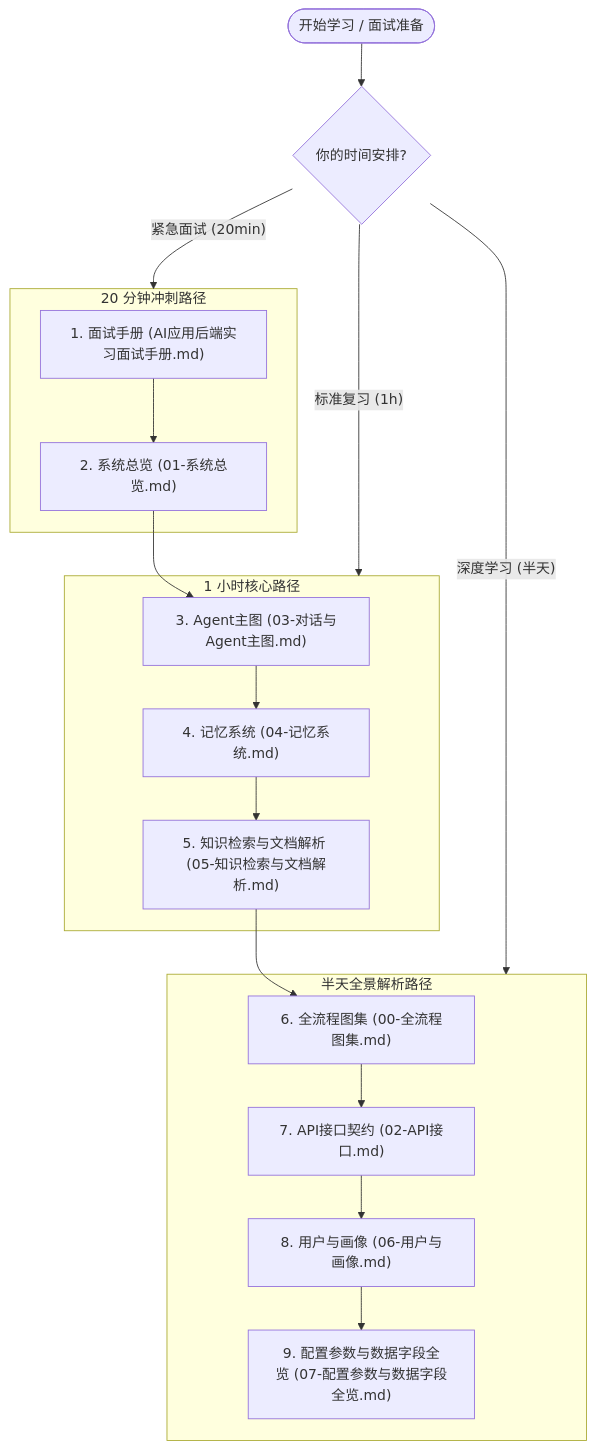
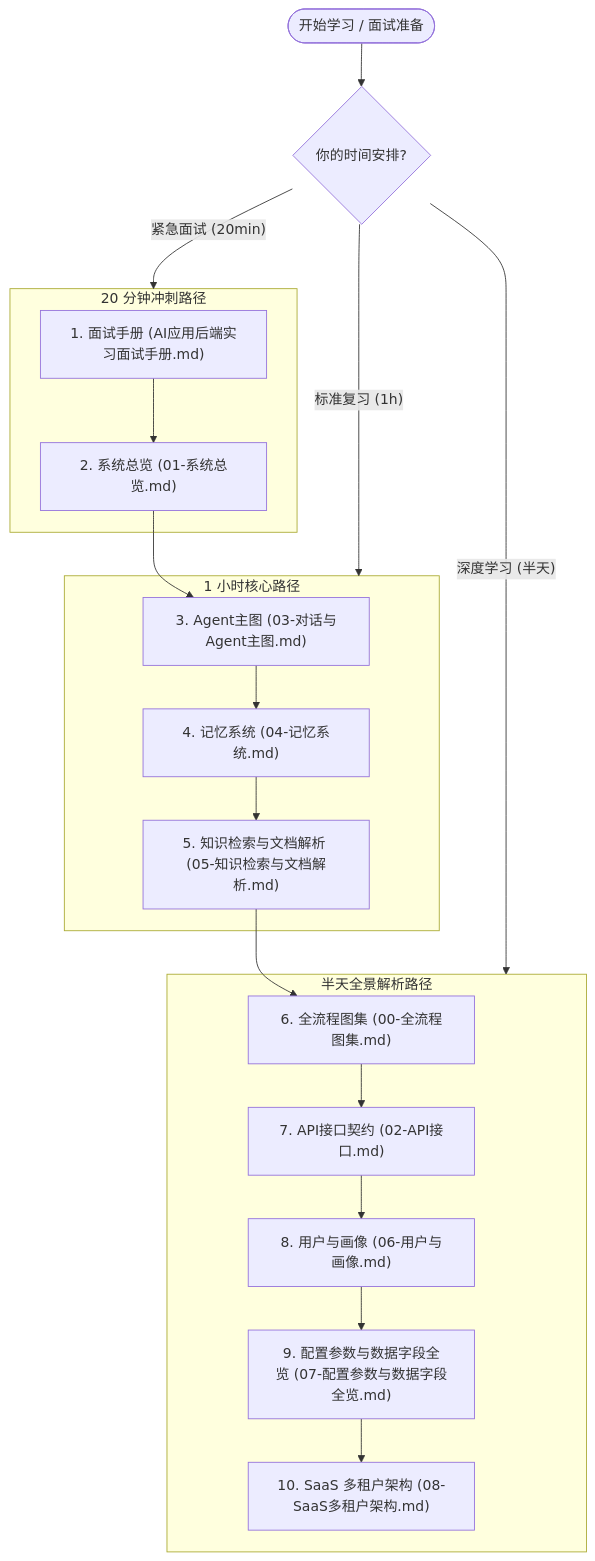
One commit to bitladykiller/- changed the diagram in docs/全流程文档索引.md. Above: the diagram before and after it, drawn with Mermaid. The commit also changed other lines of this file and 73 other files, not shown here.

````diff
--- a/docs/全流程文档索引.md
+++ b/docs/全流程文档索引.md
@@ -22,25 +22,26 @@
 ```mermaid
 flowchart TD
     Start([开始学习 / 面试准备]) --> Decision{你的时间安排?}
 
     subgraph FastPath["20 分钟冲刺路径"]
         P1["1. 面试手册 (AI应用后端实习面试手册.md)"] --> P2["2. 系统总览 (01-系统总览.md)"]
     end
 
     subgraph DeepPath["1 小时核心路径"]
         P2 --> P3["3. Agent主图 (03-对话与Agent主图.md)"]
         P3 --> P4["4. 记忆系统 (04-记忆系统.md)"]
         P4 --> P5["5. 知识检索与文档解析 (05-知识检索与文档解析.md)"]
     end
 
     subgraph FullPath["半天全景解析路径"]
         P5 --> P6["6. 全流程图集 (00-全流程图集.md)"]
         P6 --> P7["7. API接口契约 (02-API接口.md)"]
         P7 --> P8["8. 用户与画像 (06-用户与画像.md)"]
         P8 --> P9["9. 配置参数与数据字段全览 (07-配置参数与数据字段全览.md)"]
+        P9 --> P10["10. SaaS 多租户架构 (08-SaaS多租户架构.md)"]
     end
 
     Decision -- "紧急面试 (20min)" --> FastPath
     Decision -- "标准复习 (1h)" --> DeepPath
     Decision -- "深度学习 (半天)" --> FullPath
 ```
````
